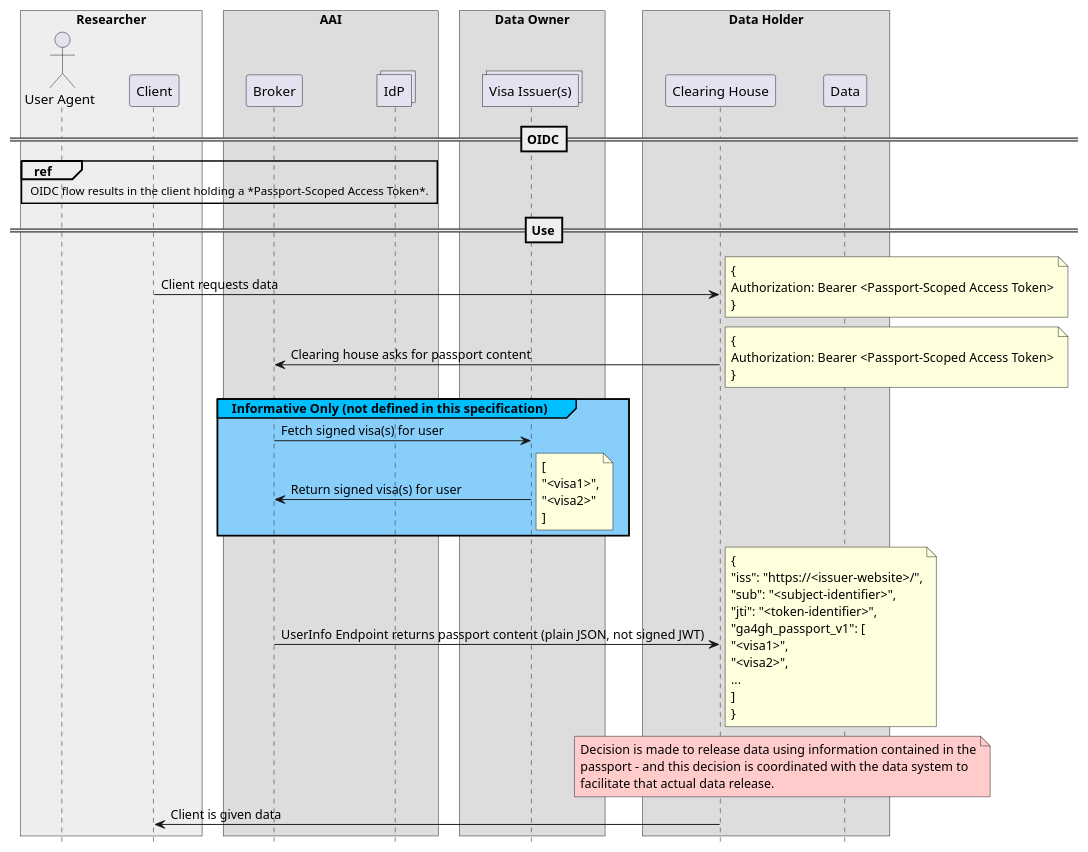
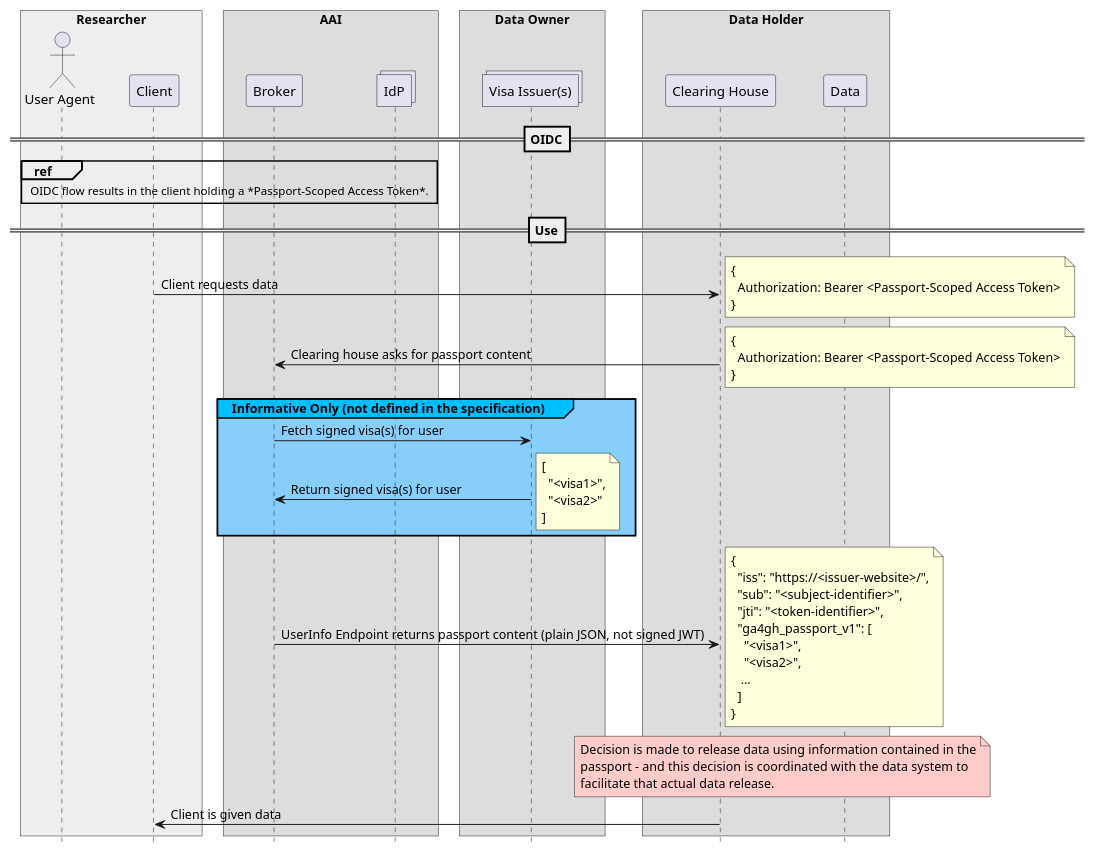
Before and after one commit to ga4gh/data-security: the first of 2 diagrams in AAI/FAQ.md, drawn with PlantUML. The commit also changed other lines of this file, not shown here.

Commit message:
Leading spaces in diagrams

```diff
--- a/AAI/FAQ.md
+++ b/AAI/FAQ.md
@@ -25,83 +25,83 @@
 {% plantuml %}
 
 hide footbox
 skinparam BoxPadding 10
 skinparam ParticipantPadding 20
 
 box "Researcher"  #eee
 actor       "User Agent"                as user
 participant Client                      as client
 end box
 
 box "AAI"
 participant Broker                      as broker
 collections "IdP"                       as idps
 end box
 
 box "Data Owner"
 collections "Visa Issuer(s)"            as issuers
 end box
 
 box "Data Holder"
 participant "Clearing House"            as clearing
 participant "Data"                      as data
 end box
 
 ==OIDC==
 
 ref over user, client, broker, idps
 OIDC flow results in the client holding a *Passport-Scoped Access Token*.
 end ref
 
 ==Use==
 
 client -> clearing : Client requests data
 note right
 {
-Authorization: Bearer <Passport-Scoped Access Token>
+  Authorization: Bearer <Passport-Scoped Access Token>
 }
 end note
 
 clearing -> broker : Clearing house asks for passport content
 note right
 {
-Authorization: Bearer <Passport-Scoped Access Token>
+  Authorization: Bearer <Passport-Scoped Access Token>
 }
 end note
 
-group#DeepSkyBlue #LightSkyBlue Informative Only (not defined in this specification)
+group#DeepSkyBlue #LightSkyBlue Informative Only (not defined in the specification)
 broker -> issuers : Fetch signed visa(s) for user
 broker <- issuers : Return signed visa(s) for user
 note right
 [
-"<visa1>",
-"<visa2>"
+  "<visa1>",
+  "<visa2>"
 ]
 end note
 end
 
 clearing <- broker : UserInfo Endpoint returns passport content (plain JSON, not signed JWT)
 note right
 {
-"iss": "https://<issuer-website>/",
-"sub": "<subject-identifier>",
-"jti": "<token-identifier>",
-"ga4gh_passport_v1": [
-"<visa1>",
-"<visa2>",
-...
-]
+  "iss": "https://<issuer-website>/",
+  "sub": "<subject-identifier>",
+  "jti": "<token-identifier>",
+  "ga4gh_passport_v1": [
+    "<visa1>",
+    "<visa2>",
+   ...
+  ]
 }
 end note
 
 
 note over clearing, data  #FFCCCB
 Decision is made to release data using information contained in the
 passport - and this decision is coordinated with the data system to
 facilitate that actual data release.
 end note
 
 client <- clearing : Client is given data
 
 
 {% endplantuml %}
```
